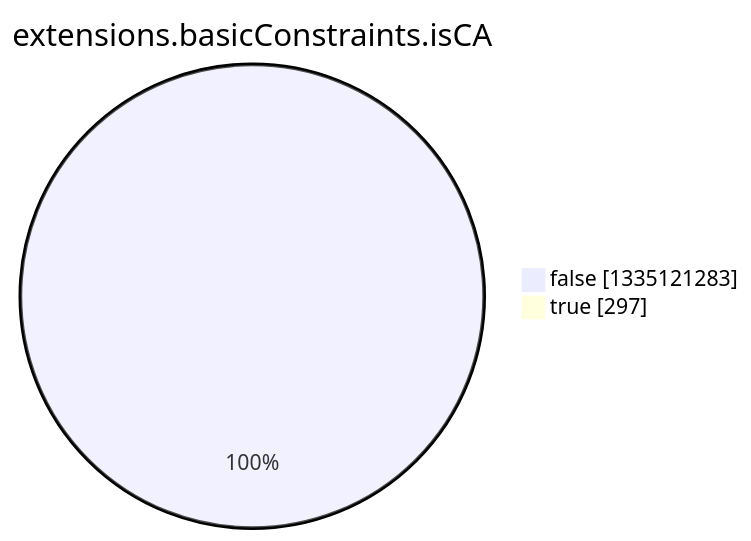
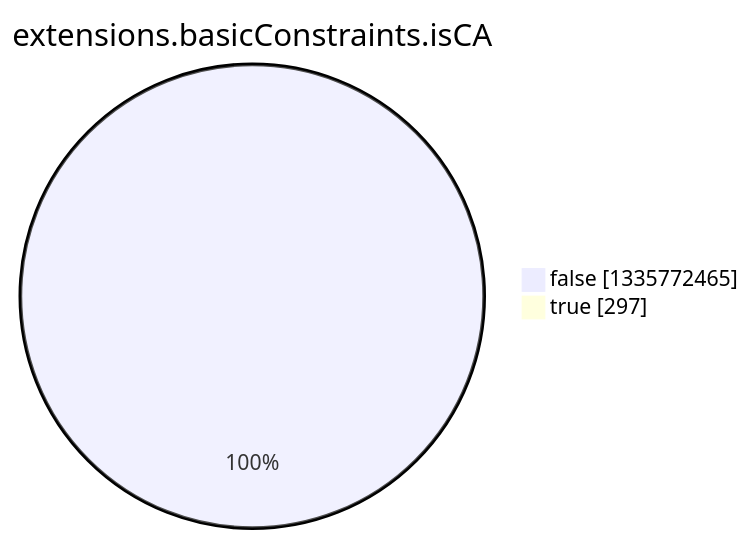
The eighth of 15 diagrams in argon2022/README.md (christiankrug/ctmonitor_visualization), drawn with Mermaid before and after one commit. The commit also changed other lines of this file, not shown here.

````diff
--- a/argon2022/README.md
+++ b/argon2022/README.md
@@ -2758,6 +2758,6 @@
 ```mermaid
 pie showData
 title extensions.basicConstraints.isCA
-"false" :1335121283
+"false" :1335772465
 "true" :297
 ```
````
